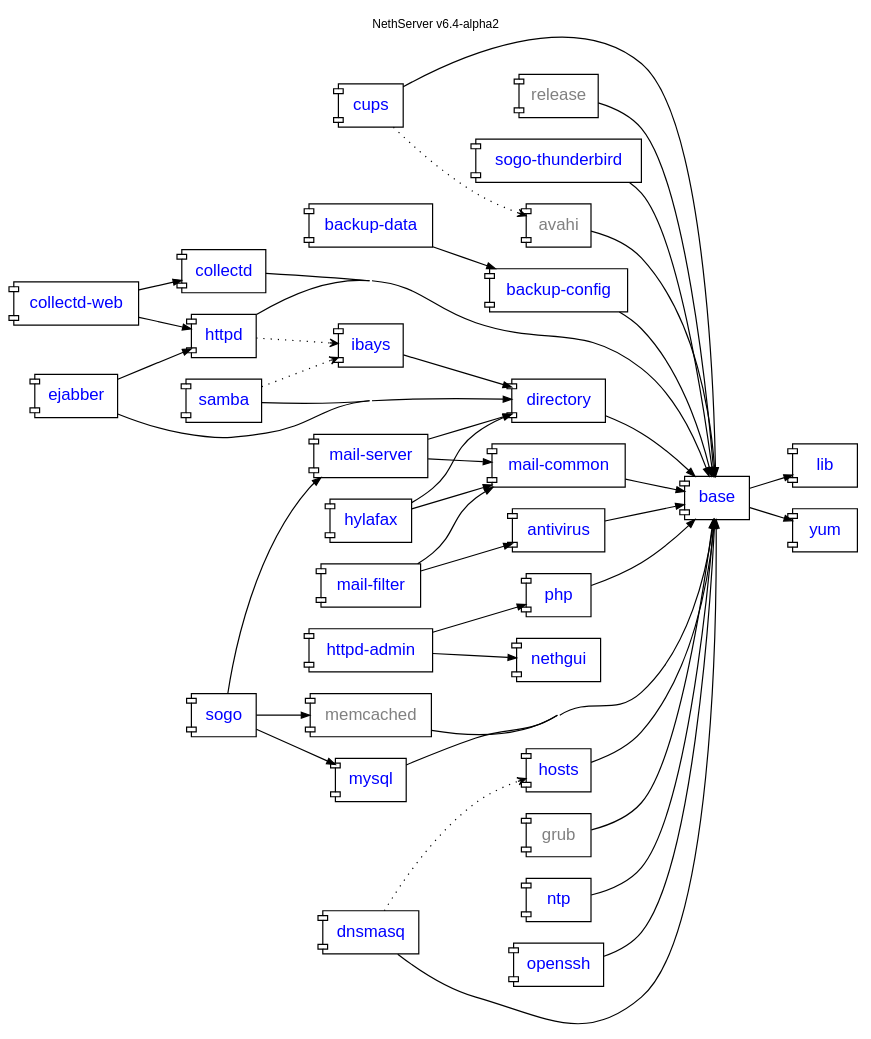
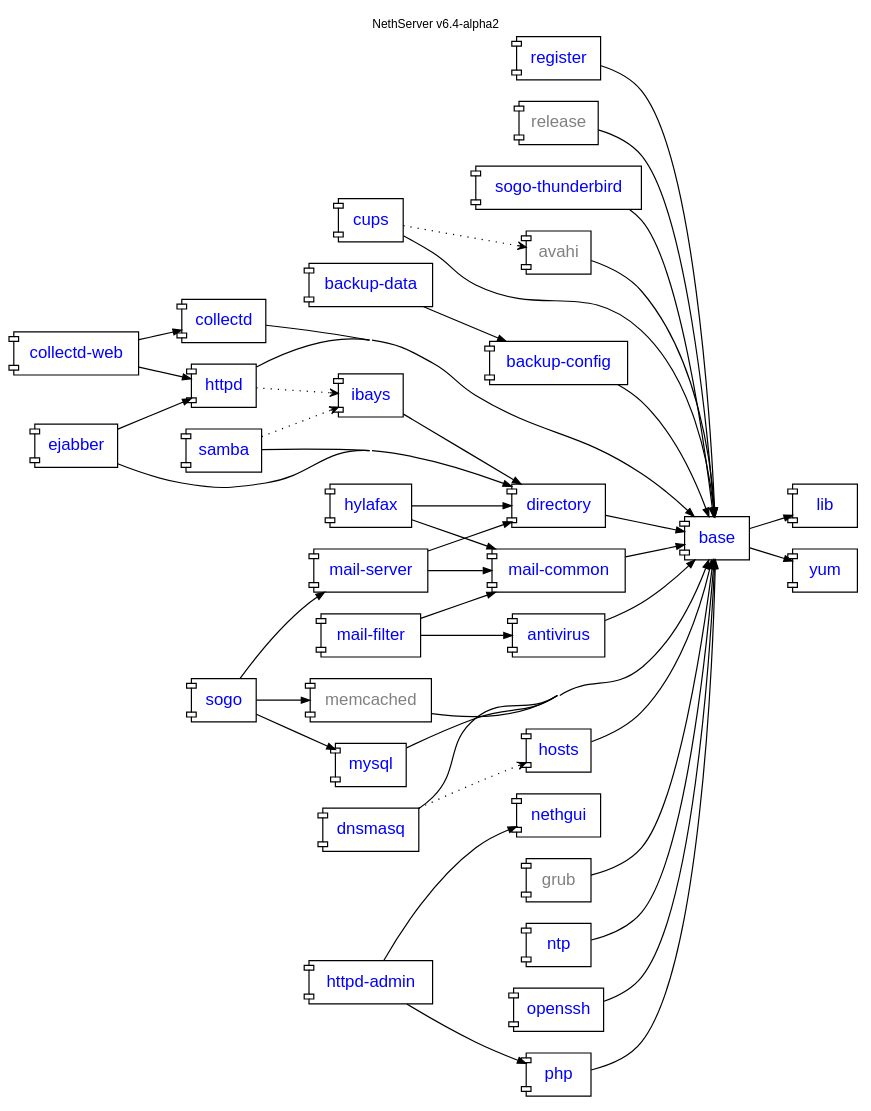
The diagram in nethserver/package-dependencies.dot (nethesis/dev-nethesis-it), drawn with Graphviz before and after one commit.

Commit message:
package-dependencies.dot: add register package

```diff
--- a/nethserver/package-dependencies.dot
+++ b/nethserver/package-dependencies.dot
@@ -1,85 +1,87 @@
 digraph "v6.4-alpha2" {
     rankdir = "LR"; compound = true; concentrate = true; fontname = "Helvetica"; fontnames="svg"; fontsize=10.0; label="NethServer v6.4-alpha2"; labelloc = "t"
 
     node [shape="component",fontname="Helvetica"];
     edge [arrowsize=0.7];
 
     antivirus [fontcolor=blue,URL="http://dev.nethesis.it/projects/nethserver/wiki/nethserver-antivirus"];
     avahi [fontcolor=gray];
     backup_config [label="backup-config",fontcolor=blue,URL="http://dev.nethesis.it/projects/nethserver/wiki/nethserver-backup"];
     backup_data [label="backup-data",fontcolor=blue,URL="http://dev.nethesis.it/projects/nethserver/wiki/nethserver-backup"];   
     base [fontcolor=blue,URL="http://dev.nethesis.it/projects/nethserver/wiki/nethserver-base"];
     collectd [fontcolor=blue,URL="http://dev.nethesis.it/projects/nethserver/wiki/nethserver-collectd"];
     collectd_web [label="collectd-web",fontcolor=blue,URL="http://dev.nethesis.it/projects/nethserver/wiki/nethserver-collectd-web"];
     cups [fontcolor=blue,URL="http://dev.nethesis.it/projects/nethserver-cups/wiki/nethserver-cups"];
     directory [fontcolor=blue,URL="http://dev.nethesis.it/projects/nethserver/wiki/nethserver-directory"];
     dnsmasq [fontcolor=blue,URL="http://dev.nethesis.it/projects/nethserver/wiki/nethserver-dnsmasq"];
     ejabber [fontcolor=blue,URL="http://dev.nethesis.it/projects/nethserver-ejabberd/wiki/nethserver-ejabberd"];
     grub [fontcolor=gray];
     hosts [fontcolor=blue,URL="http://dev.nethesis.it/projects/nethserver/wiki/nethserver-hosts"];
     httpd_admin [fontcolor=blue,label="httpd-admin",URL="http://dev.nethesis.it/projects/nethserver/wiki/nethserver-httpd-admin"];
     httpd [fontcolor=blue,URL="http://dev.nethesis.it/projects/nethserver/wiki/nethserver-httpd"];
     hylafax [fontcolor=blue,URL="http://dev.nethesis.it/projects/nethserver-hylafax/wiki/nethserver-hylafax"];
     ibays [fontcolor=blue,URL="http://dev.nethesis.it/projects/nethserver/wiki/nethserver-ibays"];
     lib [fontcolor=blue,URL="http://dev.nethesis.it/projects/nethserver/wiki/nethserver-lib"];
     mail_common [label="mail-common",fontcolor=blue,URL="http://dev.nethesis.it/projects/nethserver/wiki/nethserver-mail-common"];
     mail_filter [label="mail-filter",fontcolor=blue,URL="http://dev.nethesis.it/projects/nethserver/wiki/nethserver-mail-filter"];
     mail_server [label="mail-server",fontcolor=blue,URL="http://dev.nethesis.it/projects/nethserver/wiki/nethserver-mail-server"];
     memcached [fontcolor=gray];
     mysql [fontcolor=blue,URL="http://dev.nethesis.it/projects/nethserver/wiki/nethserver-mysql"];
     nethgui [fontcolor=blue,URL="http://dev.nethesis.it/projects/nethgui"];
     ntp [fontcolor=blue,URL="http://dev.nethesis.it/projects/nethserver/wiki/nethserver-ntp"];
     openssh [fontcolor=blue,URL="http://dev.nethesis.it/projects/nethserver/wiki/nethserver-openssh"];
     php [fontcolor=blue,URL="http://dev.nethesis.it/projects/nethserver/wiki/nethserver-php"];
+    register [fontcolor=blue,URL="http://dev.nethesis.it/projects/nethserver/wiki/nethserver-register"];
     release [fontcolor=gray];
     samba [fontcolor=blue,URL="http://dev.nethesis.it/projects/nethserver/wiki/nethserver-samba"];
     sogo [fontcolor=blue,URL="https://dev.nethesis.it/projects/nethserver/wiki/nethserver-sogo"];
     sogo_thunderbird [label="sogo-thunderbird",fontcolor=blue,URL="https://dev.nethesis.it/projects/nethserver/wiki/nethserver-sogo-thunderbird"];
     yum [fontcolor=blue,URL="http://dev.nethesis.it/projects/nethserver/wiki/nethserver-yum"];
 		 
    
     
     base -> lib
     openssh -> base
     directory -> base
     samba -> directory
     ibays -> directory
     httpd -> base
     httpd -> ibays [style=dotted,arrowhead=vee];
     dnsmasq -> hosts [style=dotted,arrowhead=vee];
     dnsmasq -> base
     hosts -> base
     httpd_admin -> php
     httpd_admin -> nethgui
     samba -> ibays [style=dotted,arrowhead=vee];
     base -> yum
     ntp -> base
     php -> base
     mail_server -> directory
     mail_server -> mail_common
     mail_filter -> mail_common
     mail_filter -> antivirus
     mail_common -> base
     antivirus -> base
     release -> base
     grub -> base
     cups -> base
     avahi -> base
     cups -> avahi [style=dotted,arrowhead=vee];
     ejabber -> directory
     ejabber -> httpd
     mysql -> base
     hylafax -> directory
     hylafax -> mail_common
     sogo -> memcached
     sogo -> mail_server
     sogo -> mysql
     sogo_thunderbird -> base
     memcached -> base
     collectd -> base
     collectd_web -> collectd
     collectd_web -> httpd
     backup_config -> base
     backup_data -> backup_config
+    register -> base
 
 }
```
